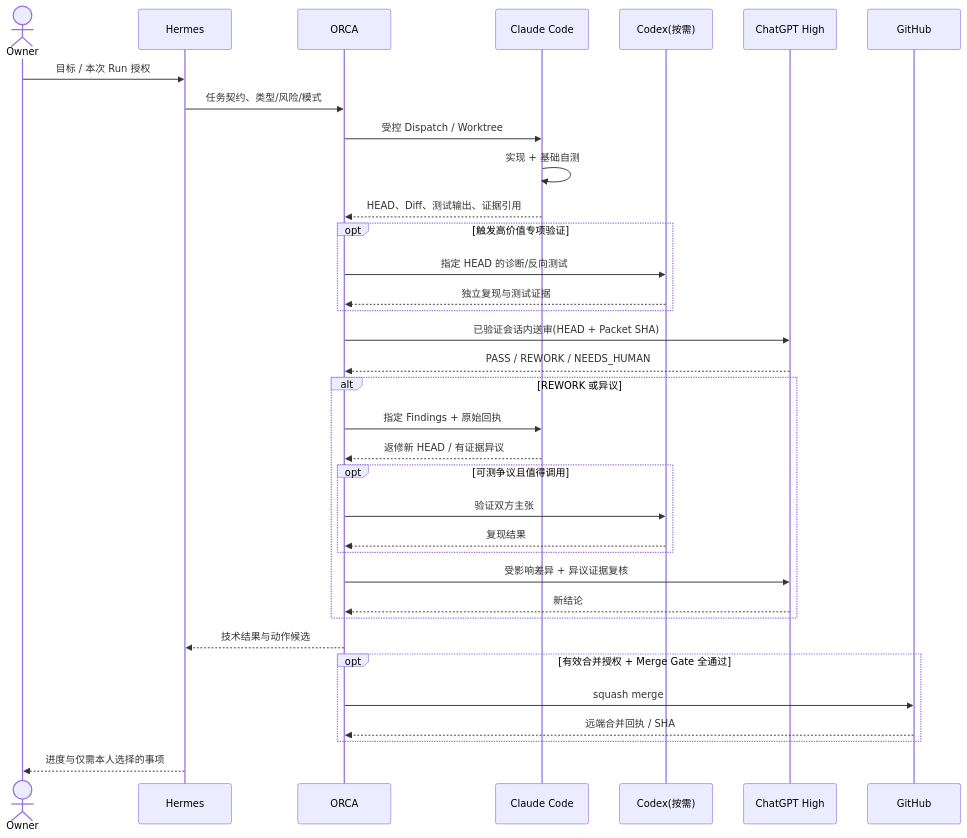
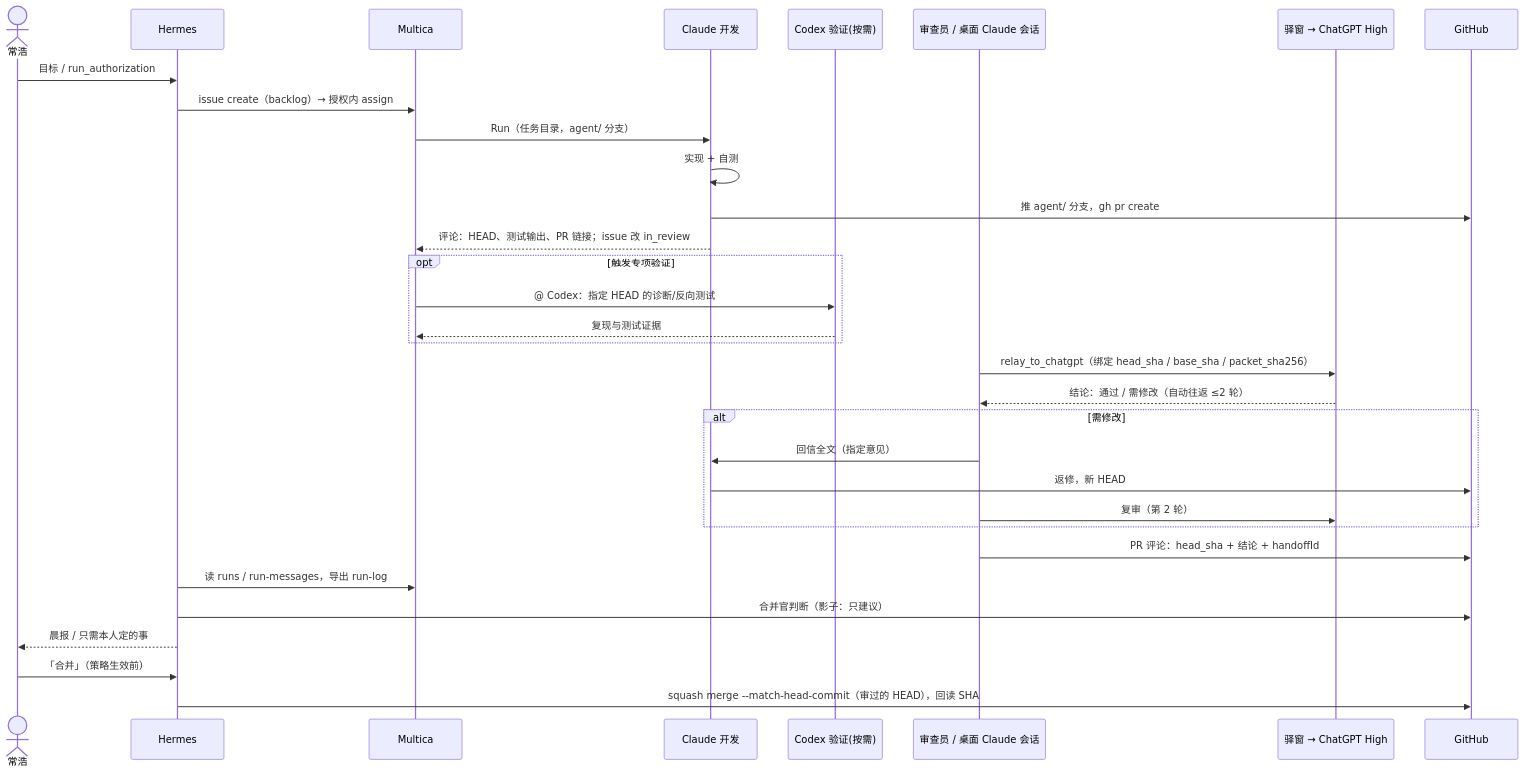
One commit to Natsukashii1997/digital-twin changed the third of 4 diagrams in docs/DT-ORC/ARCHITECTURE.md. Above: the diagram before and after it, drawn with Mermaid. The commit also changed other lines of this file and 4 other files, not shown here.

First line of the commit message:
DT-ORC 架构升 V4.0：项目协同改用 Multica，移除 ORCA（#60） (#63)

````diff
--- a/docs/DT-ORC/ARCHITECTURE.md
+++ b/docs/DT-ORC/ARCHITECTURE.md
@@ -312,37 +422,34 @@
 ```mermaid
 sequenceDiagram
-    actor Owner
+    actor Owner as 常浩
     participant H as Hermes
-    participant O as ORCA
-    participant C as Claude Code
-    participant X as Codex(按需)
-    participant G as ChatGPT High
+    participant M as Multica
+    participant C as Claude 开发
+    participant X as Codex 验证(按需)
+    participant R as 审查员 / 桌面 Claude 会话
+    participant P as 驿窗 → ChatGPT High
     participant GH as GitHub
-    Owner->>H: 目标 / 本次 Run 授权
-    H->>O: 任务契约、类型/风险/模式
-    O->>C: 受控 Dispatch / Worktree
-    C->>C: 实现 + 基础自测
-    C-->>O: HEAD、Diff、测试输出、证据引用
-    opt 触发高价值专项验证
-      O->>X: 指定 HEAD 的诊断/反向测试
-      X-->>O: 独立复现与测试证据
+    Owner->>H: 目标 / run_authorization
+    H->>M: issue create（backlog）→ 授权内 assign
+    M->>C: Run（任务目录，agent/ 分支）
+    C->>C: 实现 + 自测
+    C->>GH: 推 agent/ 分支，gh pr create
+    C-->>M: 评论：HEAD、测试输出、PR 链接；issue 改 in_review
+    opt 触发专项验证
+      M->>X: @ Codex：指定 HEAD 的诊断/反向测试
+      X-->>M: 复现与测试证据
     end
-    O->>G: 已验证会话内送审(HEAD + Packet SHA)
-    G-->>O: PASS / REWORK / NEEDS_HUMAN
-    alt REWORK 或异议
-      O->>C: 指定 Findings + 原始回执
-      C-->>O: 返修新 HEAD / 有证据异议
-      opt 可测争议且值得调用
-        O->>X: 验证双方主张
-        X-->>O: 复现结果
-      end
-      O->>G: 受影响差异 + 异议证据复核
-      G-->>O: 新结论
+    R->>P: relay_to_chatgpt（绑定 head_sha / base_sha / packet_sha256）
+    P-->>R: 结论：通过 / 需修改（自动往返 ≤2 轮）
+    alt 需修改
+      R->>C: 回信全文（指定意见）
+      C->>GH: 返修，新 HEAD
+      R->>P: 复审（第 2 轮）
     end
-    O-->>H: 技术结果与动作候选
-    opt 有效合并授权 + Merge Gate 全通过
-      O->>GH: squash merge
-      GH-->>O: 远端合并回执 / SHA
-    end
-    H-->>Owner: 进度与仅需本人选择的事项
+    R->>GH: PR 评论：head_sha + 结论 + handoffId
+    H->>M: 读 runs / run-messages，导出 run-log
+    H->>GH: 合并官判断（影子：只建议）
+    H-->>Owner: 晨报 / 只需本人定的事
+    Owner->>H: 「合并」（策略生效前）
+    H->>GH: squash merge --match-head-commit（审过的 HEAD），回读 SHA
 ```
````
